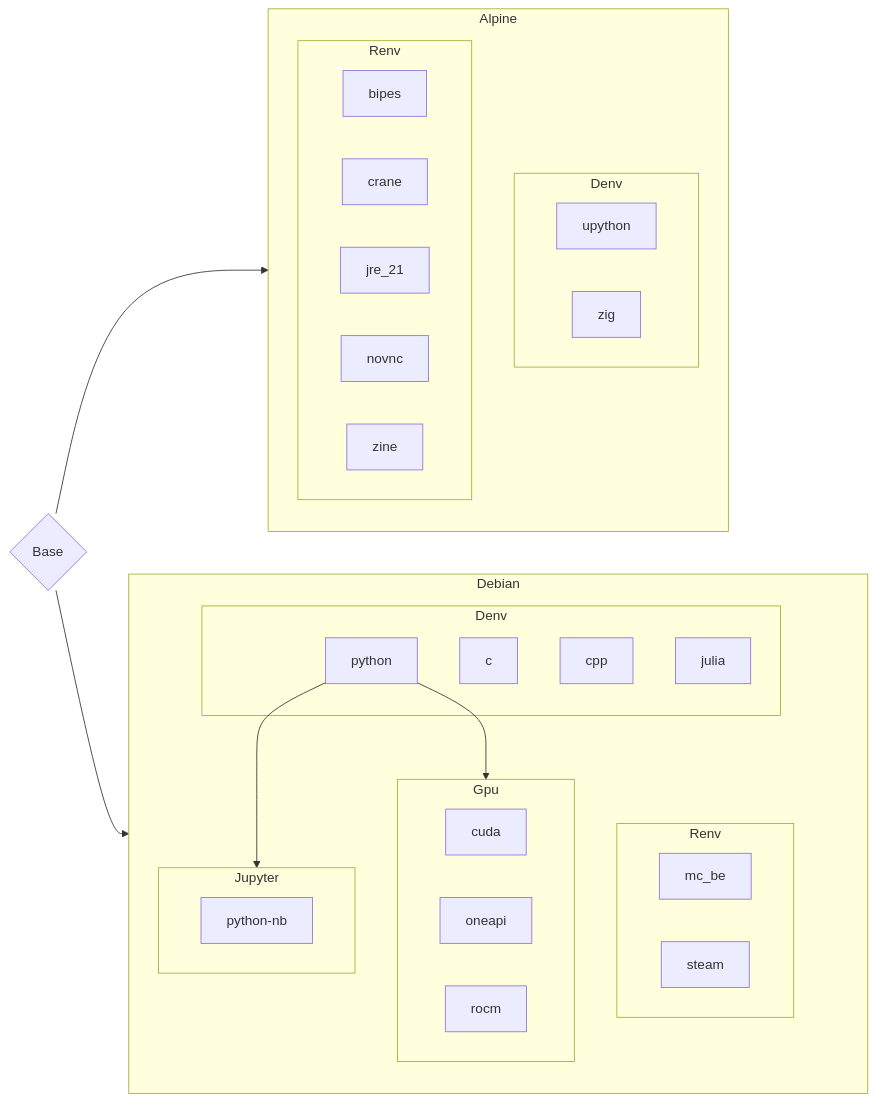
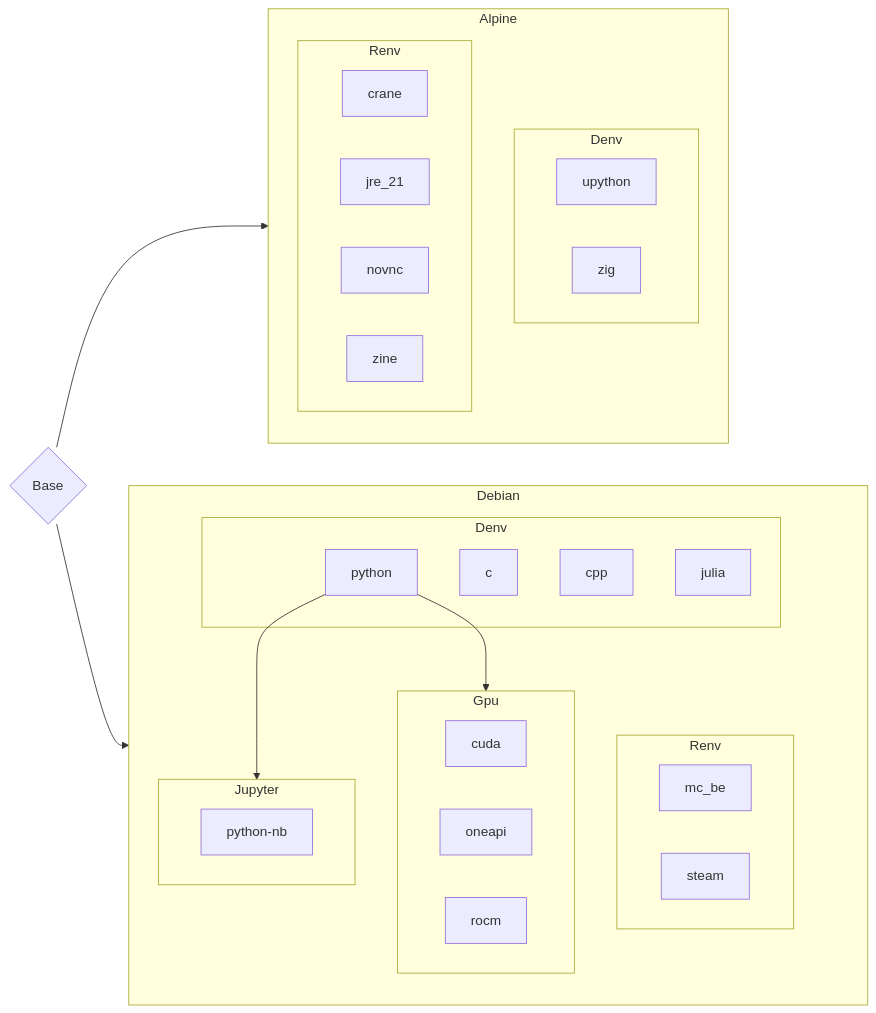
Before and after one commit to ben0i0d/cenv: the diagram in README.md, drawn with Mermaid. The commit also changed 3 other files, not shown here.

````diff
--- a/README.md
+++ b/README.md
@@ -58,47 +58,46 @@
 ```mermaid
 graph LR
 
 B{Base} --> Alpine
 B --> Debian
 
 subgraph Alpine
     subgraph AD[Denv]
     upython
     zig
     end
     
     subgraph AR[Renv]
-    bipes
     crane
     jre_21
     novnc
     zine
     end
 end
 
 subgraph Debian
     subgraph DD[Denv]
     c
     cpp
     julia
     python
     end
 
     subgraph DR[Renv]
     mc_be
     steam
     end
 
     python-->Gpu
     subgraph Gpu
     cuda
     oneapi
     rocm
     end
 
     python-->Jupyter
     subgraph Jupyter
     python-nb
     end
 end
 ```
````
